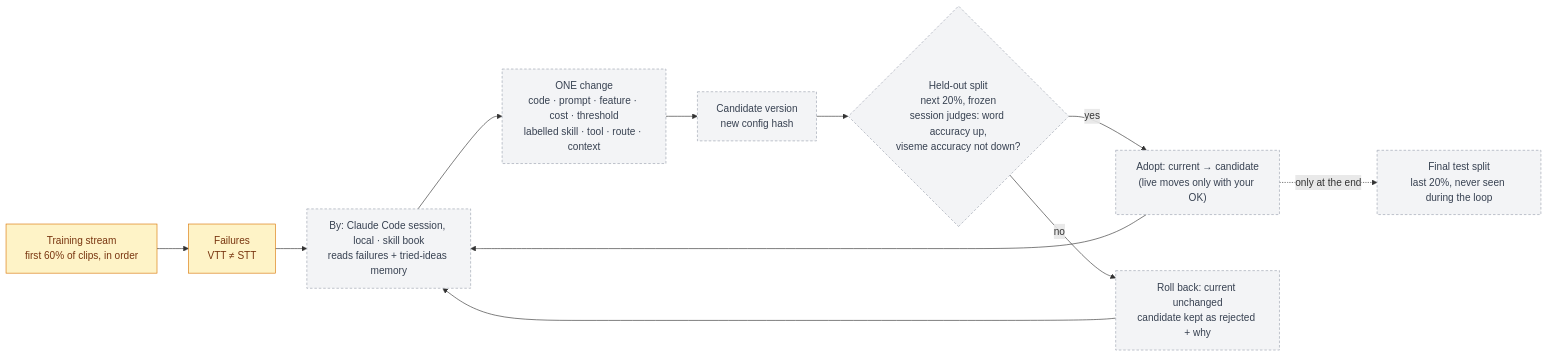
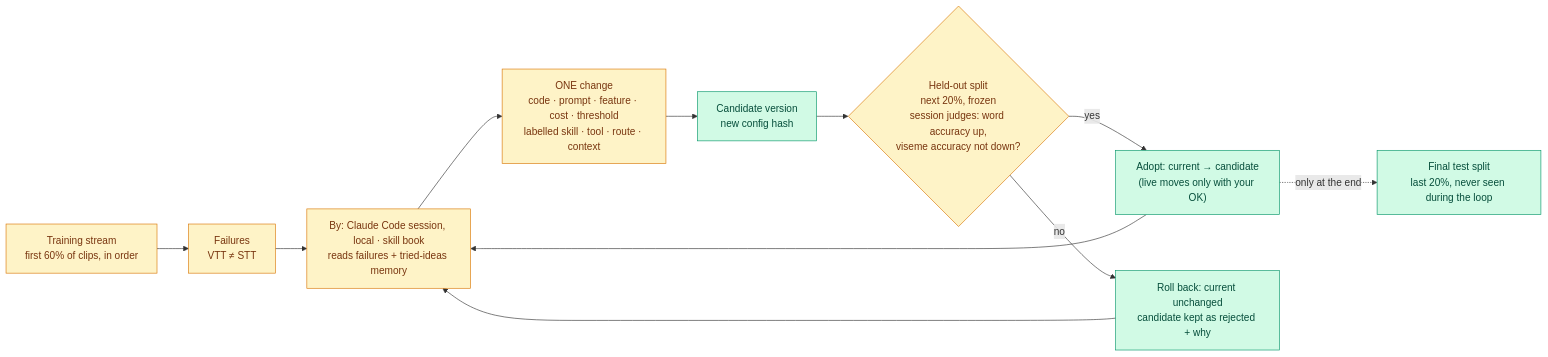
One commit to Darijan-Ducic/badge-machine changed the diagram in docs/self-improvement.md. Above: the diagram before and after it, drawn with Mermaid. The commit also changed 2 other files, not shown here.

Commit message:
docs: the session that iterates is building, not built; approval moves live
The skill book and the session's tools are still being written, so the System loop and Learning diagrams mark the
agent and its judgment as building. versions.py makes every candidate a version and moves `current` on the
session's judgment; the user's approval only moves `live`. README's diagram copies re-synced.

````diff
--- a/docs/self-improvement.md
+++ b/docs/self-improvement.md
@@ -20,19 +20,19 @@
 ```mermaid
 flowchart LR
   STREAM["Training stream<br/>first 60% of clips, in order"] --> FAIL["Failures<br/>VTT ≠ STT"]
   FAIL --> AGENT["By: Claude Code session, local · skill book<br/>reads failures + tried-ideas memory"]
   AGENT --> CHANGE["ONE change<br/>code · prompt · feature · cost · threshold<br/>labelled skill · tool · route · context"]
   CHANGE --> CAND["Candidate version<br/>new config hash"]
   CAND --> GATE{"Held-out split<br/>next 20%, frozen<br/>session judges: word accuracy up,<br/>viseme accuracy not down?"}
   GATE -- yes --> ADOPT["Adopt: current → candidate<br/>(live moves only with your OK)"]
   GATE -- no --> ROLL["Roll back: current unchanged<br/>candidate kept as rejected + why"]
   ADOPT --> AGENT
   ROLL --> AGENT
   ADOPT -. "only at the end" .-> TEST["Final test split<br/>last 20%, never seen during the loop"]
 
   classDef built fill:#d1fae5,stroke:#059669,color:#064e3b
   classDef building fill:#fef3c7,stroke:#d97706,color:#78350f
   classDef planned fill:#f3f4f6,stroke:#9ca3af,color:#374151,stroke-dasharray:4 3
-  class STREAM,FAIL building
-  class AGENT,CHANGE,CAND,GATE,ADOPT,ROLL,TEST planned
+  class CAND,ADOPT,ROLL,TEST built
+  class STREAM,FAIL,AGENT,CHANGE,GATE building
 ```
````
